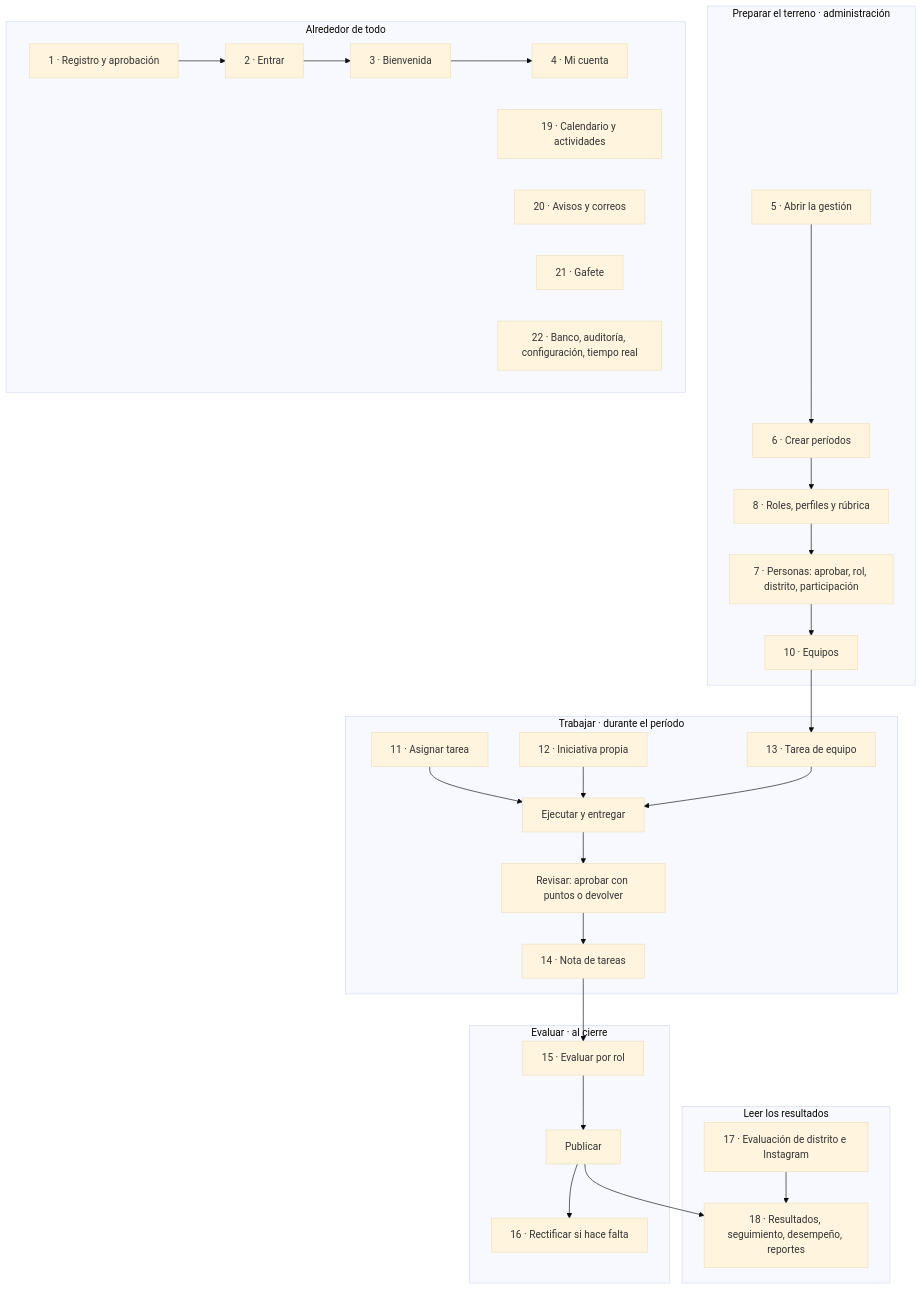
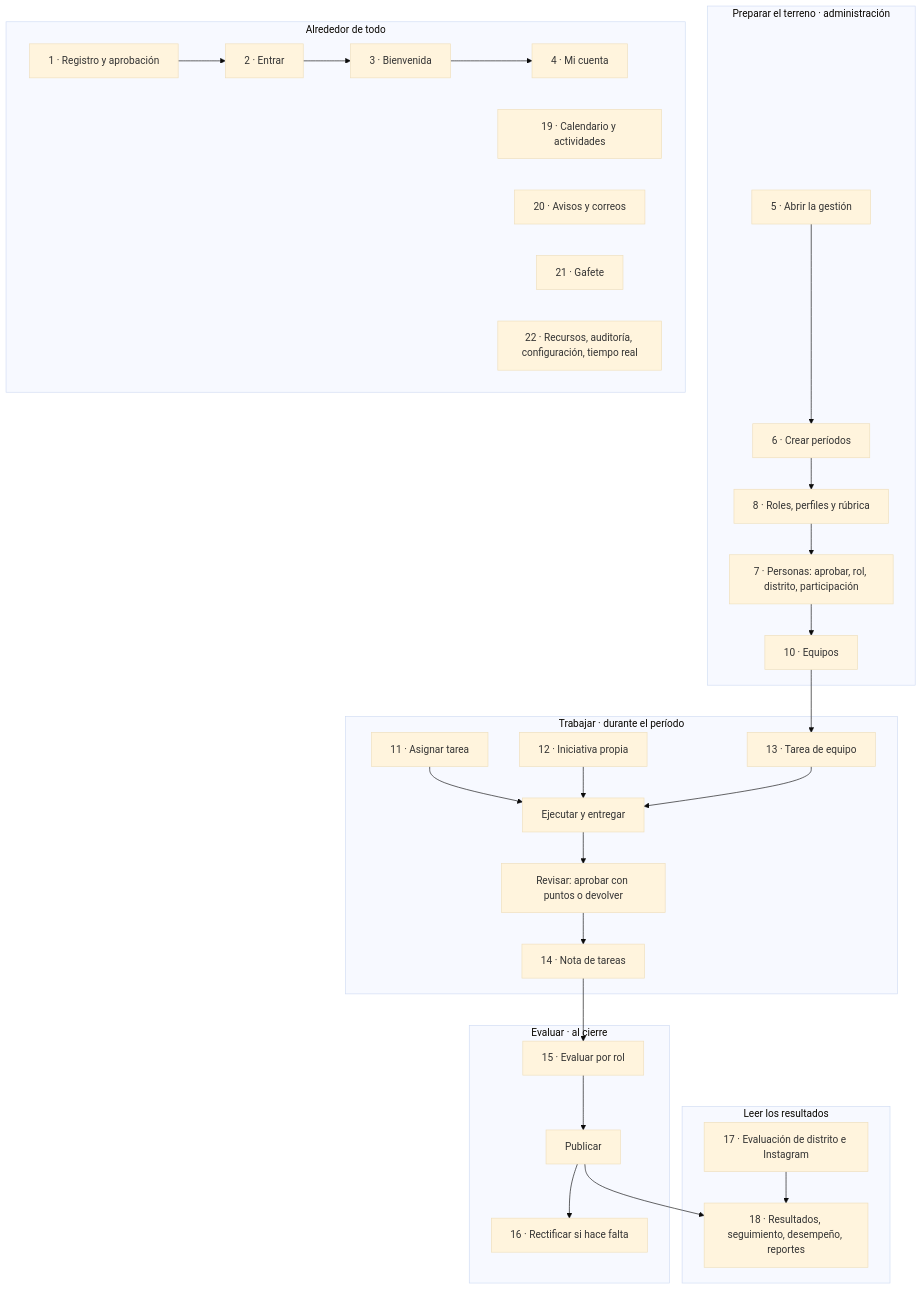
One commit to odteam-x/eight-coms changed the first of 2 diagrams in docs/DOCUMENTACION-COMPLETA-DEL-SISTEMA.md. Above: the diagram before and after it, drawn with Mermaid (base theme). The commit also changed other lines of this file and 38 other files, not shown here.

First line of the commit message:
Banco de imágenes → Recursos (0071): tipos, evento, etiquetas y partes (enlaces, colores, tipografías)

````diff
--- a/docs/DOCUMENTACION-COMPLETA-DEL-SISTEMA.md
+++ b/docs/DOCUMENTACION-COMPLETA-DEL-SISTEMA.md
@@ -140,35 +140,35 @@
 ```mermaid
 flowchart TD
   subgraph A[Preparar el terreno · administración]
     P5[5 · Abrir la gestión] --> P6[6 · Crear períodos]
     P6 --> P8[8 · Roles, perfiles y rúbrica]
     P8 --> P7[7 · Personas: aprobar, rol, distrito, participación]
     P7 --> P10[10 · Equipos]
   end
   subgraph B[Trabajar · durante el período]
     P11[11 · Asignar tarea] --> EJ[Ejecutar y entregar]
     P12[12 · Iniciativa propia] --> EJ
     P10 --> P13[13 · Tarea de equipo]
     P13 --> EJ
     EJ --> REV[Revisar: aprobar con puntos o devolver]
     REV --> P14[14 · Nota de tareas]
   end
   subgraph C[Evaluar · al cierre]
     P14 --> P15[15 · Evaluar por rol]
     P15 --> PUB[Publicar]
     PUB --> P16[16 · Rectificar si hace falta]
   end
   subgraph D[Leer los resultados]
     PUB --> P18[18 · Resultados, seguimiento, desempeño, reportes]
     P17[17 · Evaluación de distrito e Instagram] --> P18
   end
   subgraph E[Alrededor de todo]
     P1[1 · Registro y aprobación] --> P2[2 · Entrar]
     P2 --> P3[3 · Bienvenida]
     P3 --> P4[4 · Mi cuenta]
     P19[19 · Calendario y actividades]
     P20[20 · Avisos y correos]
     P21[21 · Gafete]
-    P22[22 · Banco, auditoría, configuración, tiempo real]
+    P22[22 · Recursos, auditoría, configuración, tiempo real]
   end
 ```
````
